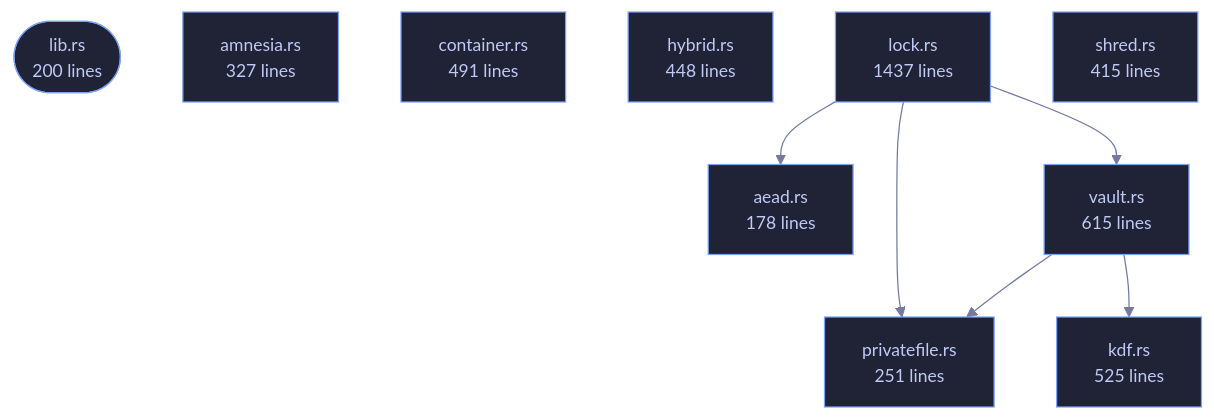
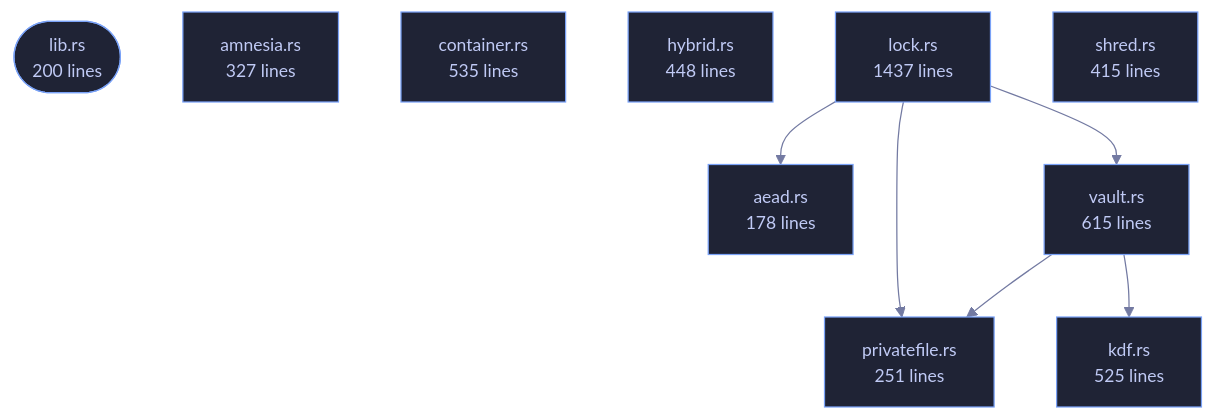
Before and after one commit to tilas01/veilvoice: the diagram in wiki/Crate-veilvoice-crypto.md, drawn with Mermaid. The commit also changed other lines of this file and 52 other files, not shown here.

````diff
--- a/wiki/Crate-veilvoice-crypto.md
+++ b/wiki/Crate-veilvoice-crypto.md
@@ -95,29 +95,29 @@
 ```mermaid
 %%{init: {"theme":"base","themeVariables":{"background":"#1a1b26","primaryColor":"#1f2335","primaryTextColor":"#c0caf5","primaryBorderColor":"#7aa2f7","secondaryColor":"#16161e","tertiaryColor":"#16161e","lineColor":"#737aa2","textColor":"#c0caf5","mainBkg":"#1f2335","nodeBorder":"#7aa2f7","clusterBkg":"#16161e","clusterBorder":"#2f3549","fontFamily":"ui-monospace, SFMono-Regular, Consolas, monospace","fontSize":"14px"}}}%%
 flowchart TD
     n_lib(["lib.rs<br/>200 lines"])
     n_aead["aead.rs<br/>178 lines"]
     n_amnesia["amnesia.rs<br/>327 lines"]
-    n_container["container.rs<br/>491 lines"]
+    n_container["container.rs<br/>535 lines"]
     n_hybrid["hybrid.rs<br/>448 lines"]
     n_kdf["kdf.rs<br/>525 lines"]
     n_lock["lock.rs<br/>1437 lines"]
     n_privatefile["privatefile.rs<br/>251 lines"]
     n_shred["shred.rs<br/>415 lines"]
     n_vault["vault.rs<br/>615 lines"]
     n_lock --> n_aead
     n_lock --> n_privatefile
     n_lock --> n_vault
     n_vault --> n_kdf
     n_vault --> n_privatefile
     click n_lib href "https://github.com/tilas01/veilvoice/blob/main/crates/veilvoice-crypto/src/lib.rs" "open the source"
     click n_aead href "https://github.com/tilas01/veilvoice/blob/main/crates/veilvoice-crypto/src/aead.rs" "open the source"
     click n_amnesia href "https://github.com/tilas01/veilvoice/blob/main/crates/veilvoice-crypto/src/amnesia.rs" "open the source"
     click n_container href "https://github.com/tilas01/veilvoice/blob/main/crates/veilvoice-crypto/src/container.rs" "open the source"
     click n_hybrid href "https://github.com/tilas01/veilvoice/blob/main/crates/veilvoice-crypto/src/hybrid.rs" "open the source"
     click n_kdf href "https://github.com/tilas01/veilvoice/blob/main/crates/veilvoice-crypto/src/kdf.rs" "open the source"
     click n_lock href "https://github.com/tilas01/veilvoice/blob/main/crates/veilvoice-crypto/src/lock.rs" "open the source"
     click n_privatefile href "https://github.com/tilas01/veilvoice/blob/main/crates/veilvoice-crypto/src/privatefile.rs" "open the source"
     click n_shred href "https://github.com/tilas01/veilvoice/blob/main/crates/veilvoice-crypto/src/shred.rs" "open the source"
     click n_vault href "https://github.com/tilas01/veilvoice/blob/main/crates/veilvoice-crypto/src/vault.rs" "open the source"
 ```
````
